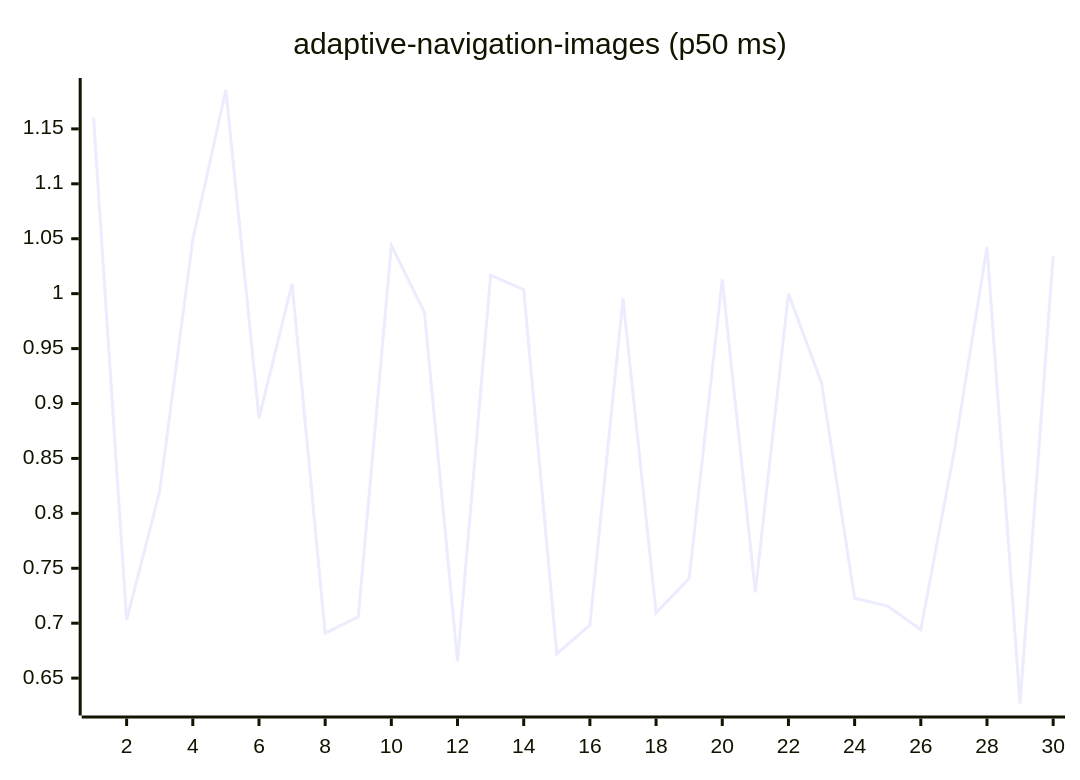
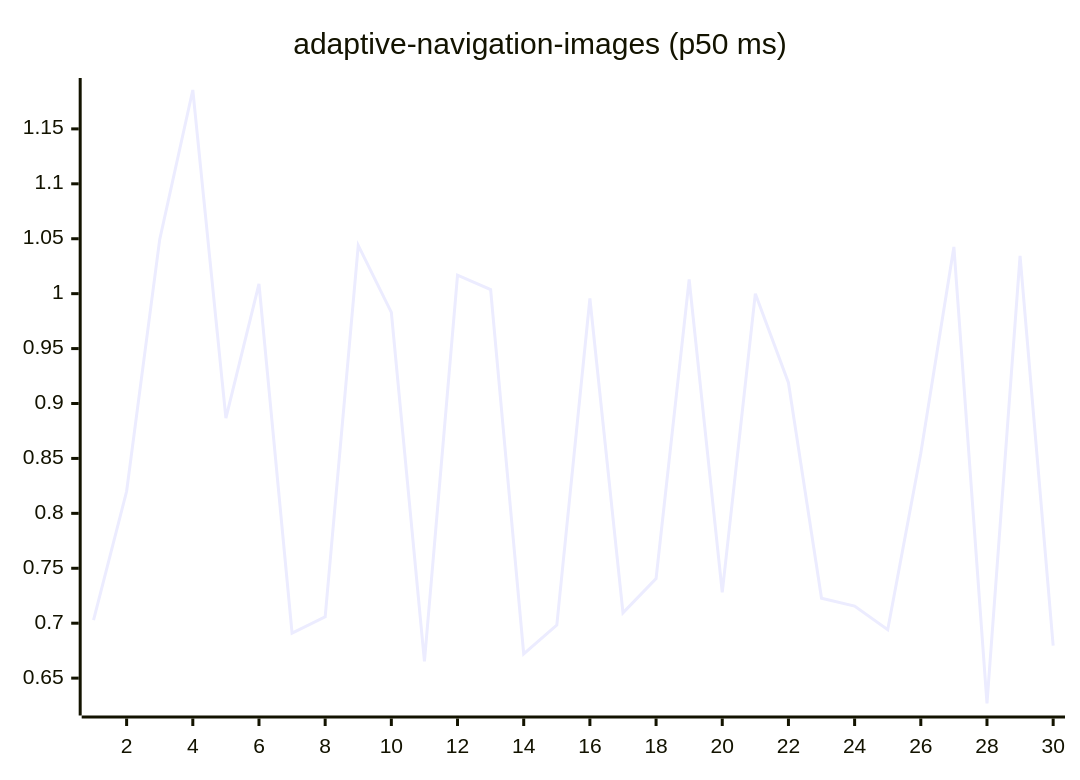
One commit to josha/Facet changed the first of 27 diagrams in README.md. Above: the diagram before and after it, drawn with Mermaid. The commit also changed other lines of this file and 2 other files, not shown here.

````diff
--- a/README.md
+++ b/README.md
@@ -63,6 +63,6 @@
 ```mermaid
 xychart-beta
     title "adaptive-navigation-images (p50 ms)"
     x-axis 1 --> 30
-    line [1.1603, 0.7028, 0.8201, 1.0494, 1.1854, 0.8867, 1.0090, 0.6909, 0.7058, 1.0439, 0.9829, 0.6652, 1.0169, 1.0037, 0.6721, 0.6983, 0.9956, 0.7094, 0.7407, 1.0129, 0.7280, 1.0000, 0.9189, 0.7227, 0.7156, 0.6941, 0.8547, 1.0425, 0.6269, 1.0344]
+    line [0.7028, 0.8201, 1.0494, 1.1854, 0.8867, 1.0090, 0.6909, 0.7058, 1.0439, 0.9829, 0.6652, 1.0169, 1.0037, 0.6721, 0.6983, 0.9956, 0.7094, 0.7407, 1.0129, 0.7280, 1.0000, 0.9189, 0.7227, 0.7156, 0.6941, 0.8547, 1.0425, 0.6269, 1.0344, 0.6795]
 ```
````
